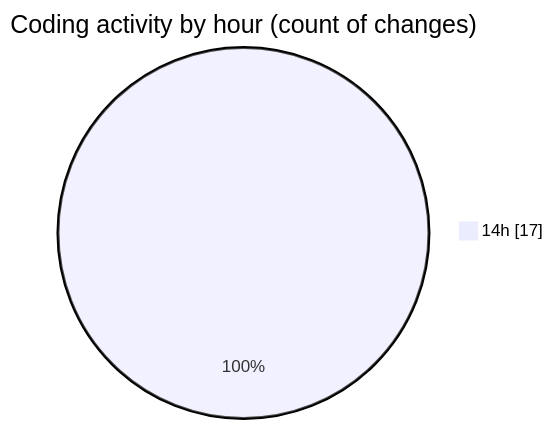
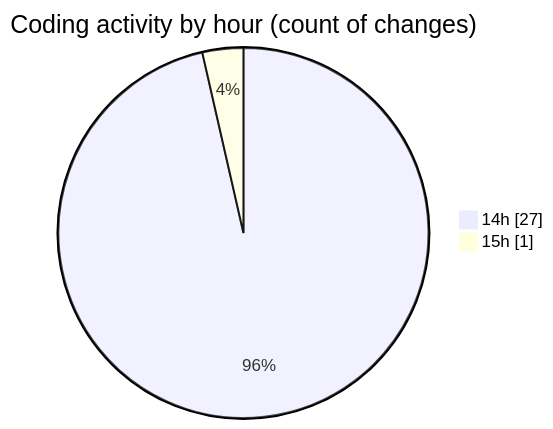
One commit to Netris89/code-tracking changed the second of 2 diagrams in 2025-03-22/back-end/README.md. Above: the diagram before and after it, drawn with Mermaid. The commit also changed other lines of this file and 1 other file, not shown here.

````diff
--- a/2025-03-22/back-end/README.md
+++ b/2025-03-22/back-end/README.md
@@ -29,5 +29,6 @@
 ```mermaid
 pie showData
 title Coding activity by hour (count of changes)
-"14h" : 17
+"14h" : 27
+"15h" : 1
 ```
````
